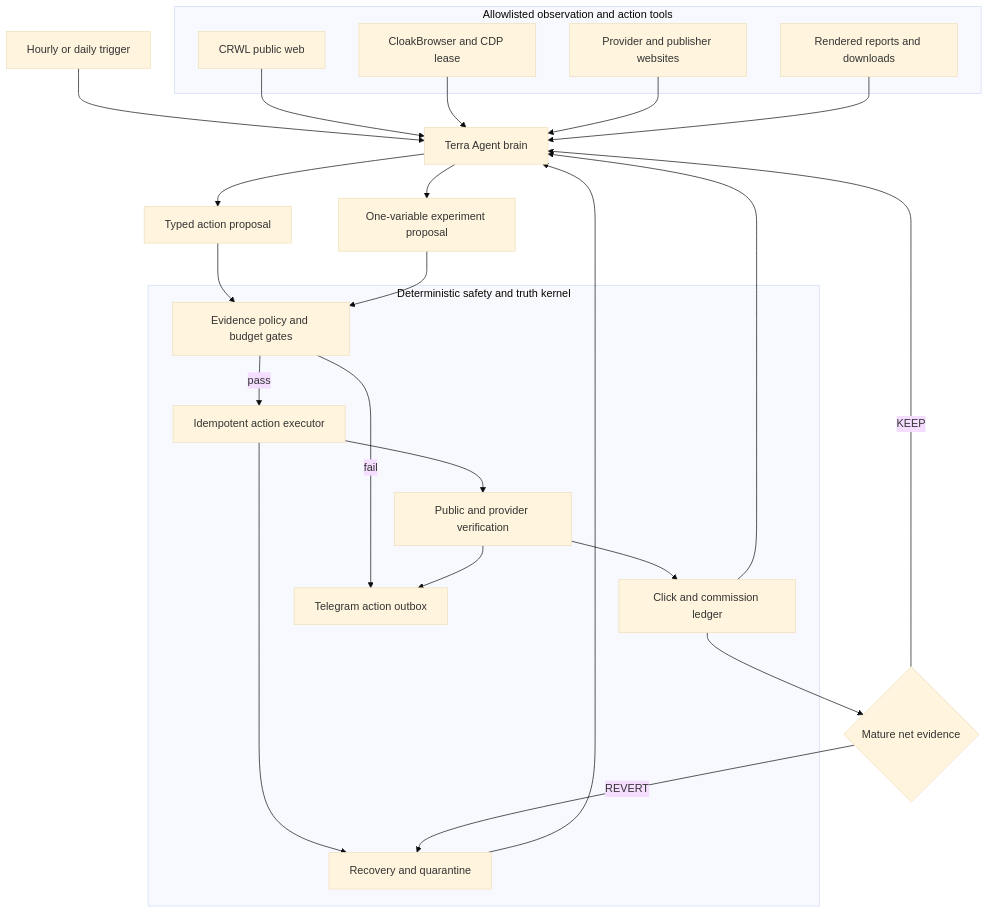
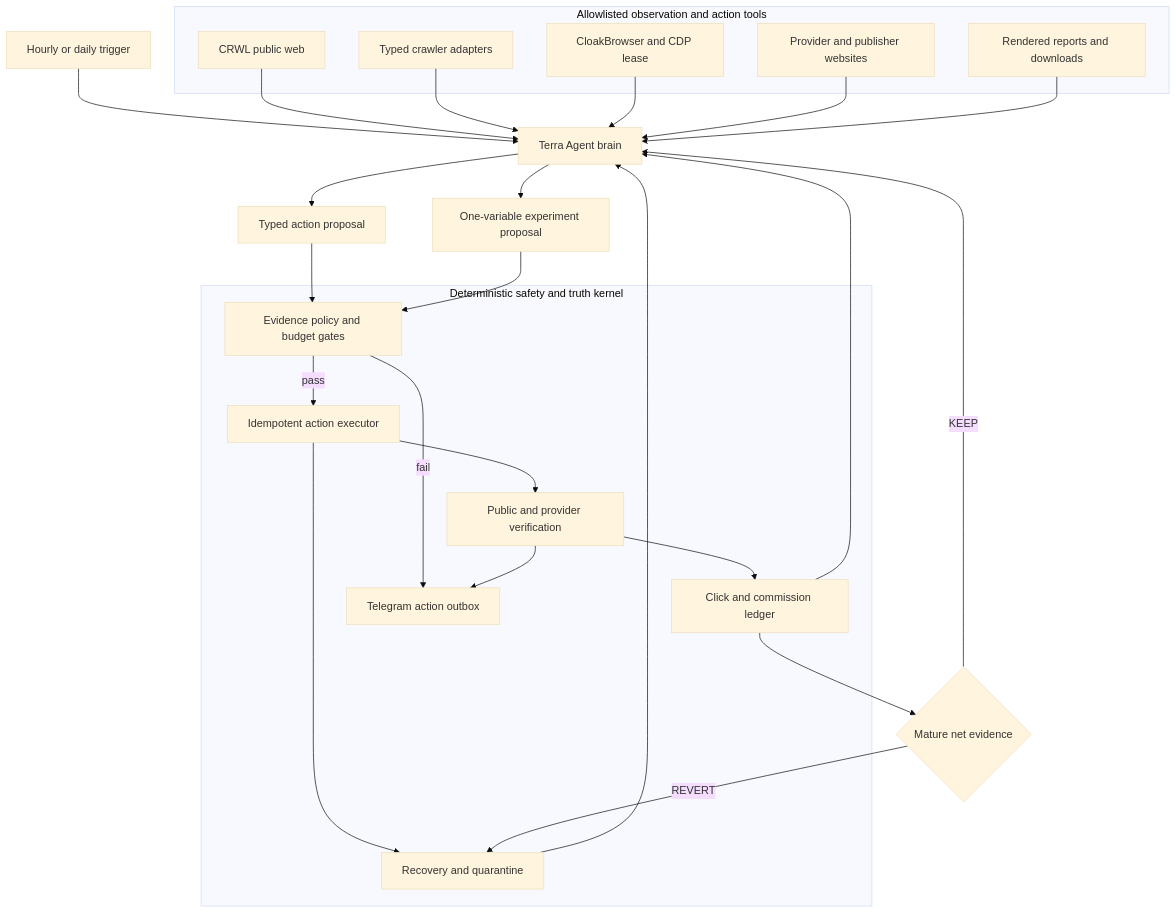
Before and after one commit to Daisuke134/anicca: the first of 5 diagrams in docs/superpowers/specs/2026-08-05-affiliate-agent-design.md, drawn with Mermaid (base theme). The commit also changed other lines of this file and 2 other files, not shown here.

````diff
--- a/docs/superpowers/specs/2026-08-05-affiliate-agent-design.md
+++ b/docs/superpowers/specs/2026-08-05-affiliate-agent-design.md
@@ -259,43 +267,45 @@
 ```mermaid
 flowchart TD
   T[Hourly or daily trigger] --> B[Terra Agent brain]
 
   subgraph Tools[Allowlisted observation and action tools]
     C[CRWL public web]
+    CA[Typed crawler adapters]
     CB[CloakBrowser and CDP lease]
     WEB[Provider and publisher websites]
     REP[Rendered reports and downloads]
   end
 
   C --> B
+  CA --> B
   CB --> B
   WEB --> B
   REP --> B
 
   B --> P[Typed action proposal]
 
   subgraph Kernel[Deterministic safety and truth kernel]
     G[Evidence policy and budget gates]
     X[Idempotent action executor]
     V[Public and provider verification]
     L[Click and commission ledger]
     O[Telegram action outbox]
     R[Recovery and quarantine]
   end
 
   P --> G
   G -->|pass| X
   G -->|fail| O
   X --> V
   V --> L
   V --> O
   L --> B
   R --> B
   X --> R
 
   B --> E[One-variable experiment proposal]
   E --> G
   L --> D{Mature net evidence}
   D -->|KEEP| B
   D -->|REVERT| R
 ```
````
